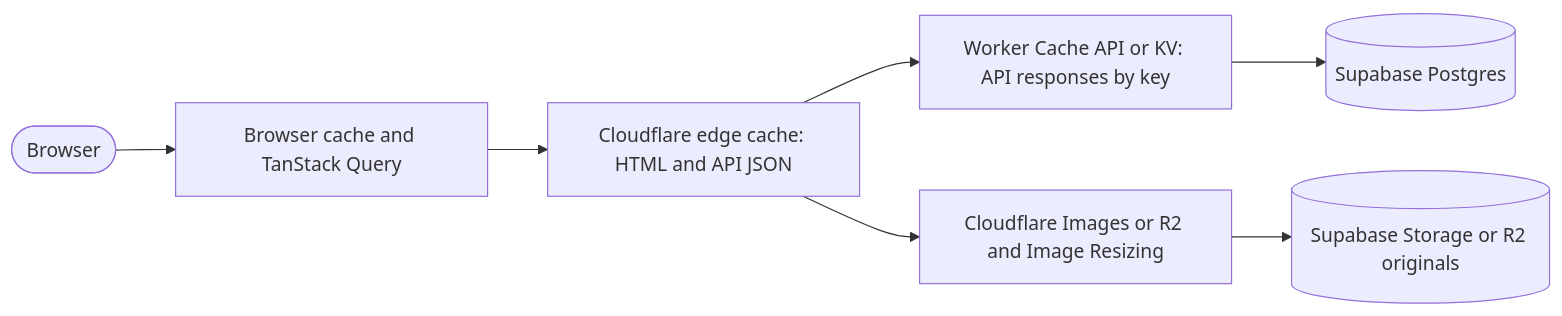
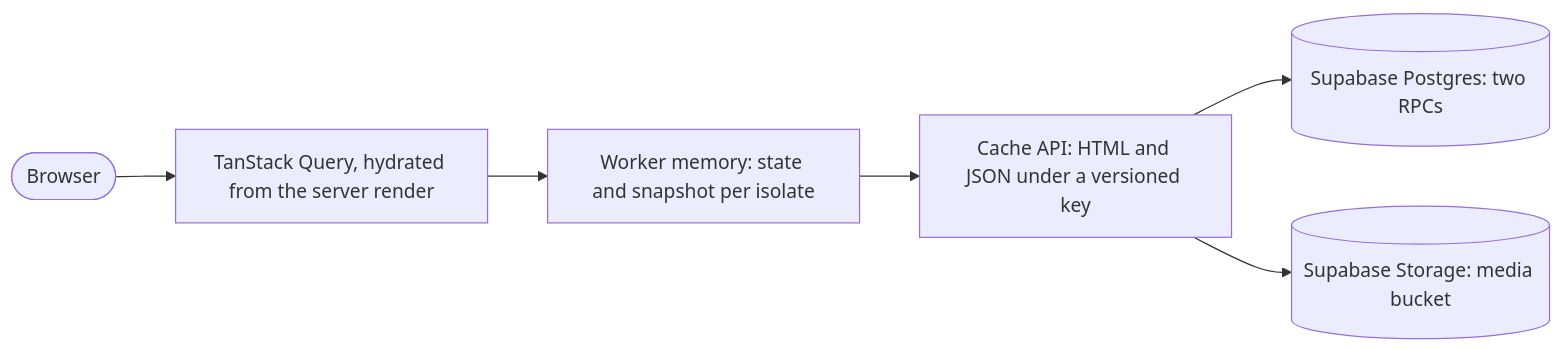
The diagram in app/docs/architecture/caching.md (AbdulrahmanAmer/matter-of-place), drawn with Mermaid before and after one commit. The commit also changed other lines of this file and 20 other files, not shown here.

First line of the commit message:
B3 c12 step 12: edge proof, live bundle check, browser hydration, in-process API fetch, runbook

````diff
--- a/app/docs/architecture/caching.md
+++ b/app/docs/architecture/caching.md
@@ -7,9 +5,8 @@
 ```mermaid
 flowchart LR
-  B([Browser]) --> L1[Browser cache and TanStack Query]
-  L1 --> L2[Cloudflare edge cache: HTML and API JSON]
-  L2 --> L3[Worker Cache API or KV: API responses by key]
-  L3 --> DB[(Supabase Postgres)]
-  L2 --> IMG[Cloudflare Images or R2 and Image Resizing]
-  IMG --> ST[(Supabase Storage or R2 originals)]
+  B([Browser]) --> L1[TanStack Query, hydrated from the server render]
+  L1 --> L2[Worker memory: state and snapshot per isolate]
+  L2 --> L3[Cache API: HTML and JSON under a versioned key]
+  L3 --> DB[(Supabase Postgres: two RPCs)]
+  L3 --> ST[(Supabase Storage: media bucket)]
 ```
````
